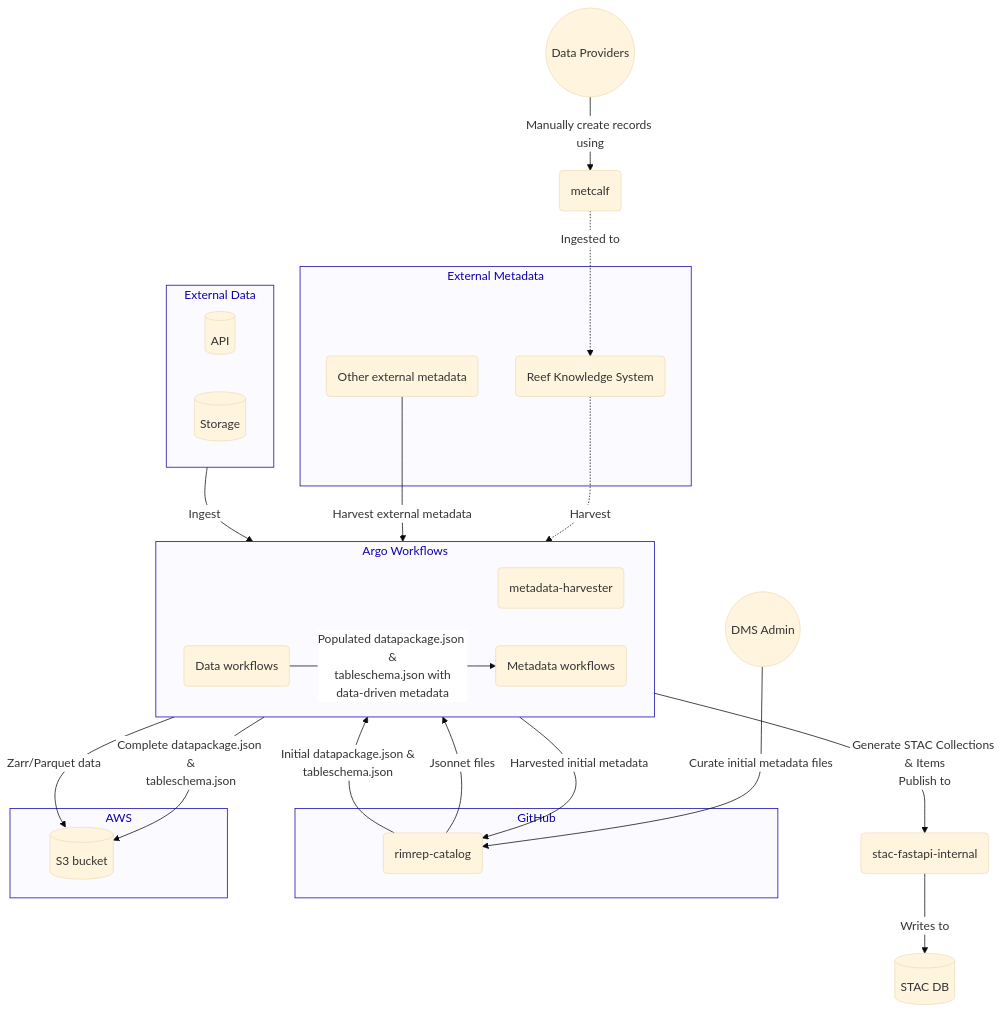
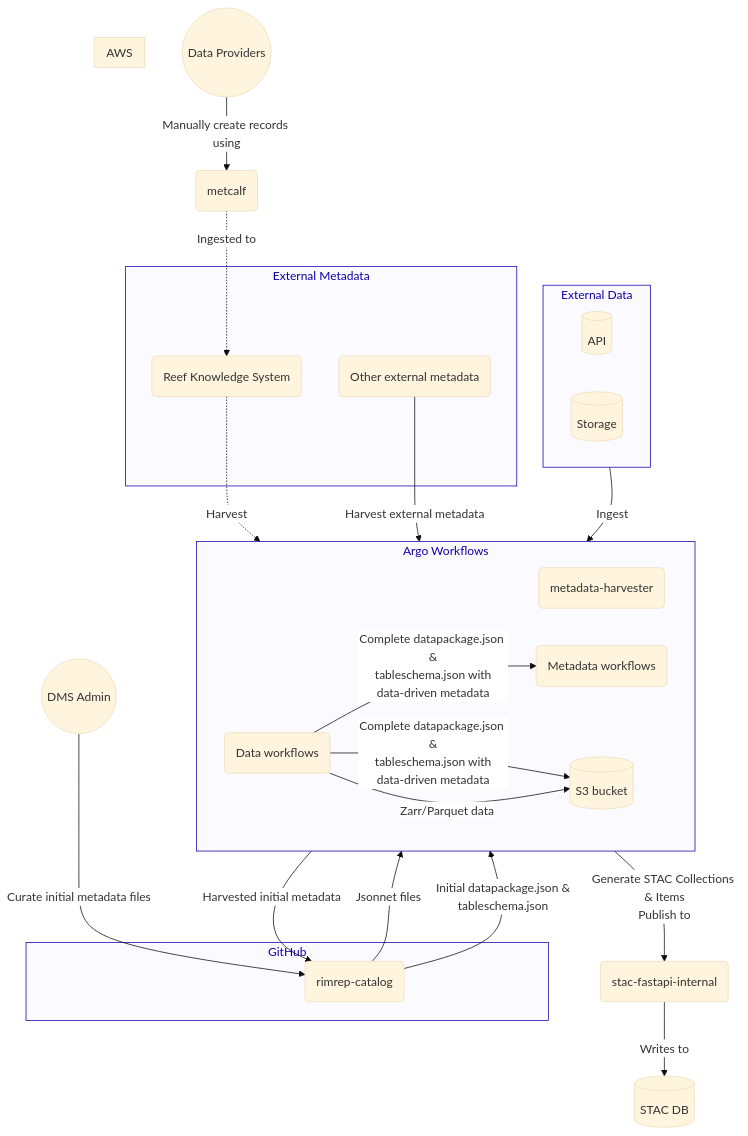
One commit to gbr-dms/rimrep-documentation changed the second of 2 diagrams in docs/architecture/components/metadata-system.md. Above: the diagram before and after it, drawn with Mermaid. The commit also changed other lines of this file, not shown here.

Commit message:
Update metadata architecture diagram

````diff
--- a/docs/architecture/components/metadata-system.md
+++ b/docs/architecture/components/metadata-system.md
@@ -197,64 +105,63 @@
 ```mermaid
 %%{
   init: {
     'theme': 'base',
     'themeVariables': {
       'edgeLabelBackground': '#ffffff',
       'tertiaryTextColor': '#0f00aa',
       'clusterBkg': '#fafaff',
       'clusterBorder': '#0f00aa'
     }
   }
 }%%
 
 flowchart TB
   classDef red fill:#ffcccc,stroke:#ff0000;
 
   subgraph github["GitHub"]
     catalog(rimrep-catalog)
   end
 
   subgraph group_external_metadata["External Metadata"]
     rks(Reef Knowledge System)
     external_metadata(Other external metadata)
   end
 
   subgraph group_external_data["External Data"]
     external_data_api[(API)]
     external_data_storage[(Storage)]
   end
 
   subgraph pipeline["Argo Workflows"]
     direction LR
     metadata_harvester(metadata-harvester)
     metadata_workflow(Metadata workflows)
     data_workflow(Data workflows)
-    data_workflow --> |"Populated datapackage.json &<br>tableschema.json with<br>data-driven metadata"|metadata_workflow
+    data_workflow --> |"Complete datapackage.json &<br>tableschema.json with<br>data-driven metadata"|metadata_workflow & s3
   end
 
   subgraph AWS["AWS"]
     s3[(S3 bucket)]
   end
 
   metadata_providers((Data Providers))
   metcalf(metcalf)
   rimrep_admin((DMS Admin))
   stac_db[(STAC DB)]
   stac_fastapi_internal(stac-fastapi-internal)
 
   group_external_data ~~~ pipeline
 
   metadata_providers -->|Manually create records using| metcalf
   metcalf  -. Ingested to .-> rks
   rks -. Harvest .-> metadata_harvester
   external_metadata --> |Harvest external metadata| metadata_harvester
   metadata_harvester --> |Harvested initial metadata|catalog
   group_external_data -->|Ingest| data_workflow
   rimrep_admin -->|"Curate initial metadata files"| catalog
   catalog --> |Jsonnet files| metadata_workflow
   catalog --> |"Initial datapackage.json &<br> tableschema.json"| data_workflow
   metadata_workflow -->  |"Generate STAC Collections & Items<br>Publish to"|stac_fastapi_internal
   stac_fastapi_internal --> |Writes to| stac_db
-  data_workflow --> |"Complete datapackage.json &<br>tableschema.json"|s3
   data_workflow --> |"Zarr/Parquet data"|s3
 ```
````
